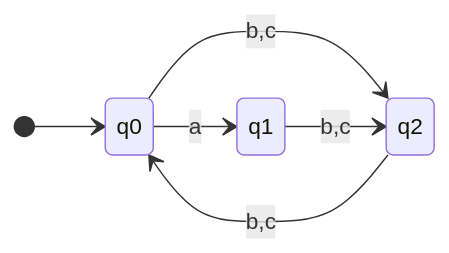
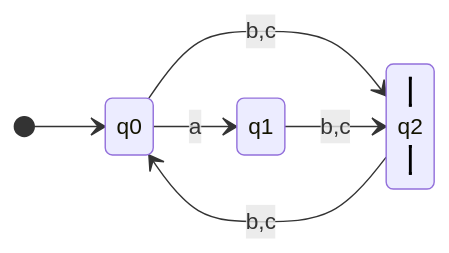
The diagram in COMP3153/Stream b/Pass-B1.md (VinayakFia/Obsidian), drawn with Mermaid before and after one commit.

Commit message:
vault backup: 2024-11-10 13:29:06

````diff
--- a/COMP3153/Stream b/Pass-B1.md
+++ b/COMP3153/Stream b/Pass-B1.md
@@ -1,12 +1,14 @@
 ```mermaid
 stateDiagram-v2
 	direction LR
 
-	classDef end = 
+	classDef end border:2px solid black;
 
 	[*] --> q0
 	q0 --> q1 : a
 	q0 --> q2 : b,c
 	q1 --> q2 : b,c
 	q2 --> q0 : b,c
+
+	class q2 end
 ```
````
